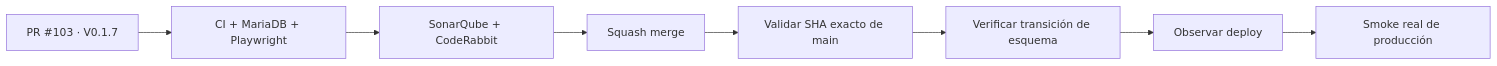
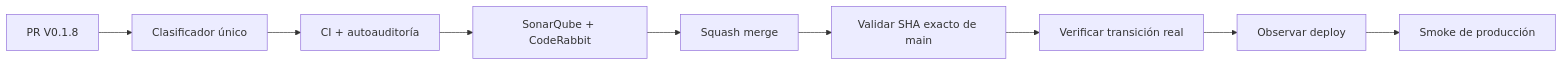
The diagram in README.md (pl0n3r/Condor), drawn with Mermaid before and after one commit. The commit also changed other lines of this file and 8 other files, not shown here.

````diff
--- a/README.md
+++ b/README.md
@@ -75,10 +59,11 @@
 ```mermaid
 flowchart LR
-    A[PR #103 · V0.1.7] --> B[CI + MariaDB + Playwright]
-    B --> C[SonarQube + CodeRabbit]
-    C --> D[Squash merge]
-    D --> E[Validar SHA exacto de main]
-    E --> F[Verificar transición de esquema]
-    F --> G[Observar deploy]
-    G --> H[Smoke real de producción]
+    A[PR V0.1.8] --> B[Clasificador único]
+    B --> C[CI + autoauditoría]
+    C --> D[SonarQube + CodeRabbit]
+    D --> E[Squash merge]
+    E --> F[Validar SHA exacto de main]
+    F --> G[Verificar transición real]
+    G --> H[Observar deploy]
+    H --> I[Smoke de producción]
 ```
````
